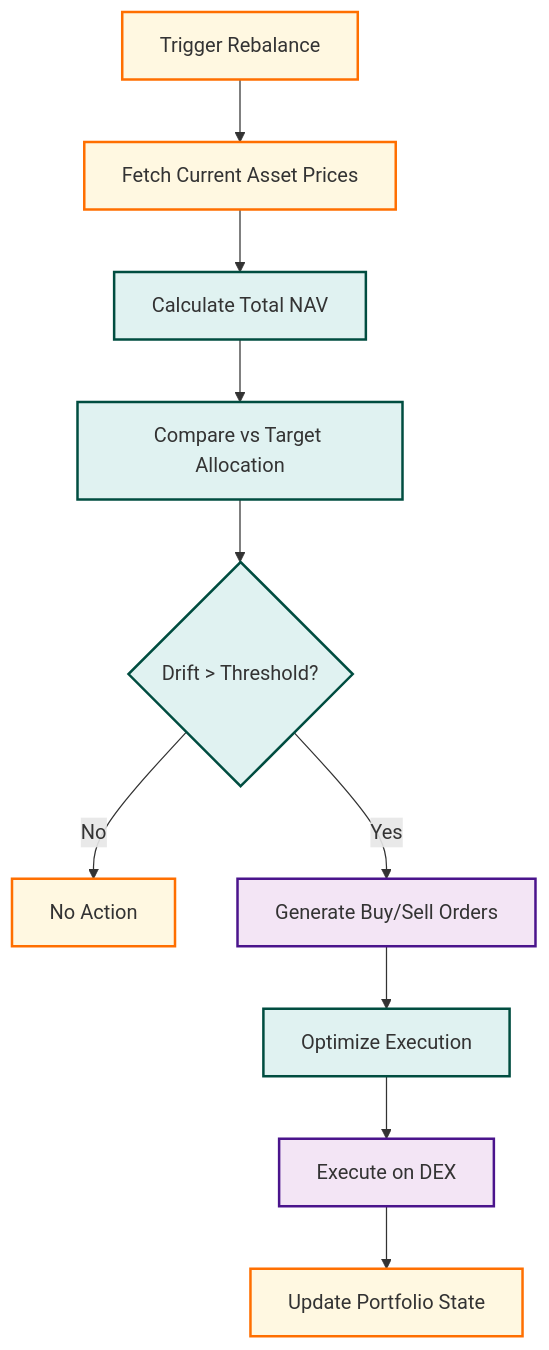
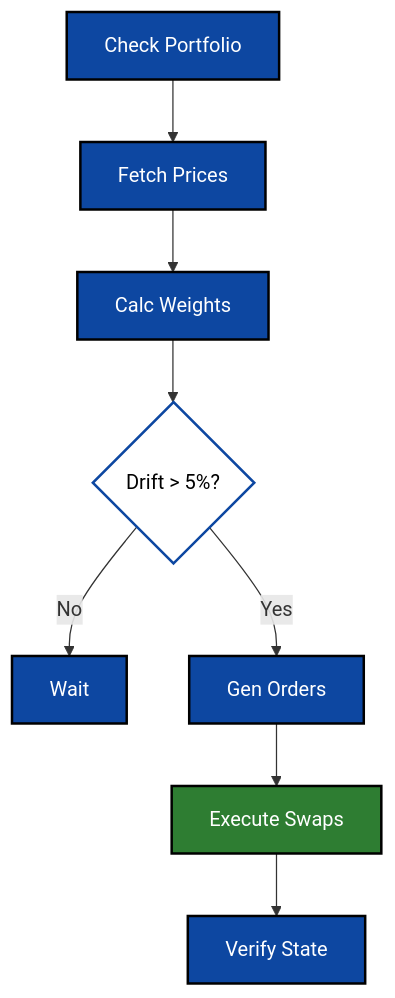
One commit to MrDecryptDecipher/xrpl-institutional-fund-management changed diagram 11 of 17 in README.md. Above: the diagram before and after it, drawn with Mermaid. The commit also changed other lines of this file, not shown here.

Commit message:
docs: final polish of readme with high-contrast diagrams and fixes

````diff
--- a/README.md
+++ b/README.md
@@ -461,19 +406,17 @@
 ```mermaid
 graph TD
-    %% Styles
-    classDef step fill:#fff8e1,stroke:#ff6f00,stroke-width:2px;
-    classDef calc fill:#e0f2f1,stroke:#004d40,stroke-width:2px;
-    classDef action fill:#f3e5f5,stroke:#4a148c,stroke-width:2px;
+    %% Theme: Institutional
+    classDef primary fill:#0D47A1,stroke:#000,stroke-width:2px,color:#fff;
+    classDef decision fill:#fff,stroke:#0D47A1,stroke-width:2px,color:#000;
+    classDef action fill:#2E7D32,stroke:#000,stroke-width:2px,color:#fff;
 
-    Start[Trigger Rebalance]:::step --> FetchPrices[Fetch Current Asset Prices]:::step
-    FetchPrices --> CalcNAV[Calculate Total NAV]:::calc
-    CalcNAV --> Compare[Compare vs Target Allocation]:::calc
+    Start[Check Portfolio]:::primary --> Prices[Fetch Prices]:::primary
+    Prices --> Calc[Calc Weights]:::primary
+    Calc --> Drift{Drift > 5%?}:::decision
     
-    Compare --> Drift{Drift > Threshold?}:::calc
-    Drift -- No --> End[No Action]:::step
-    Drift -- Yes --> GenOrders[Generate Buy/Sell Orders]:::action
+    Drift -- No --> Sleep[Wait]:::primary
+    Drift -- Yes --> Plan[Gen Orders]:::primary
     
-    GenOrders --> Optimize[Optimize Execution]:::calc
-    Optimize --> Execute[Execute on DEX]:::action
-    Execute --> Update[Update Portfolio State]:::step
+    Plan --> Execute[Execute Swaps]:::action
+    Execute --> Verify[Verify State]:::primary
 ```
````
